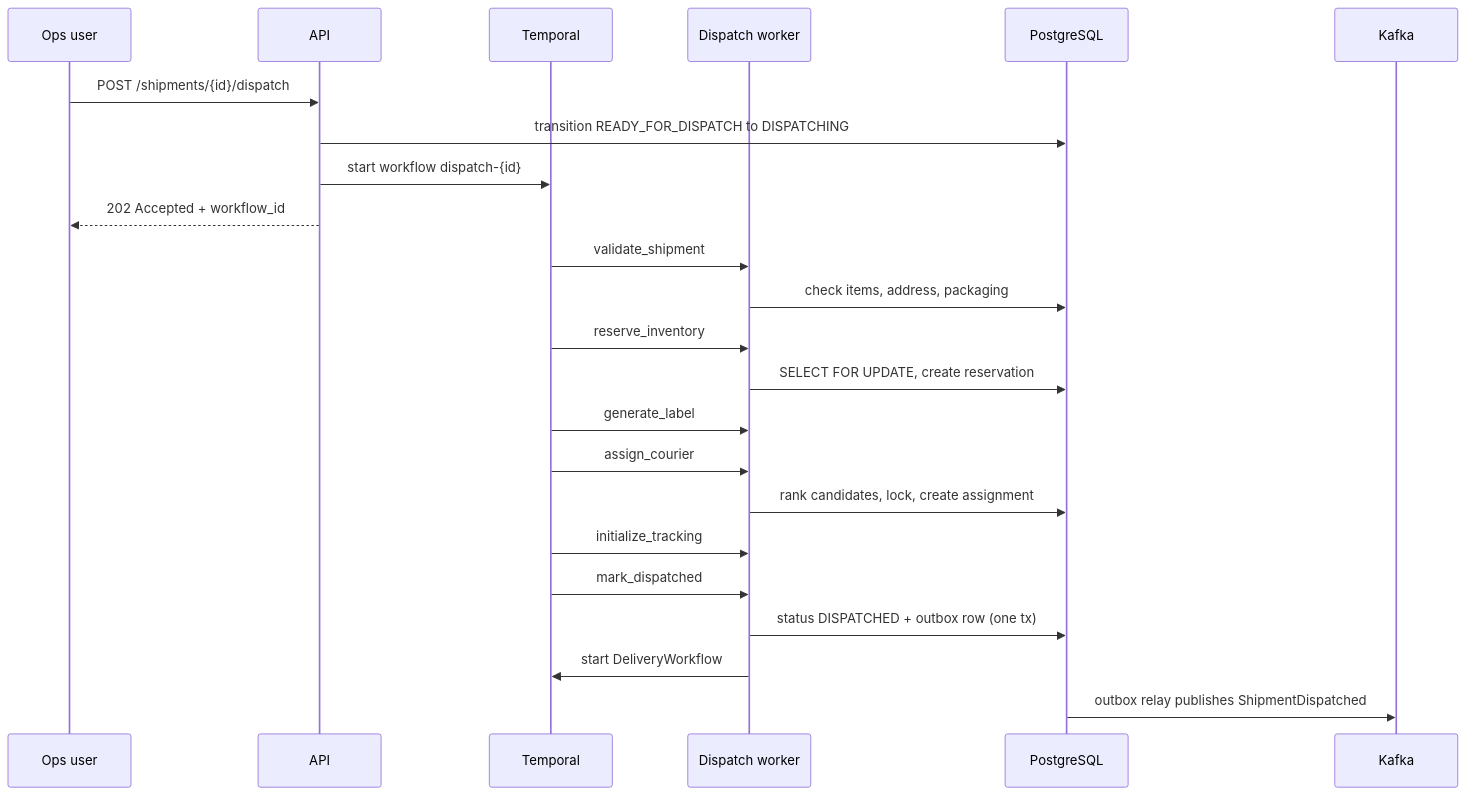
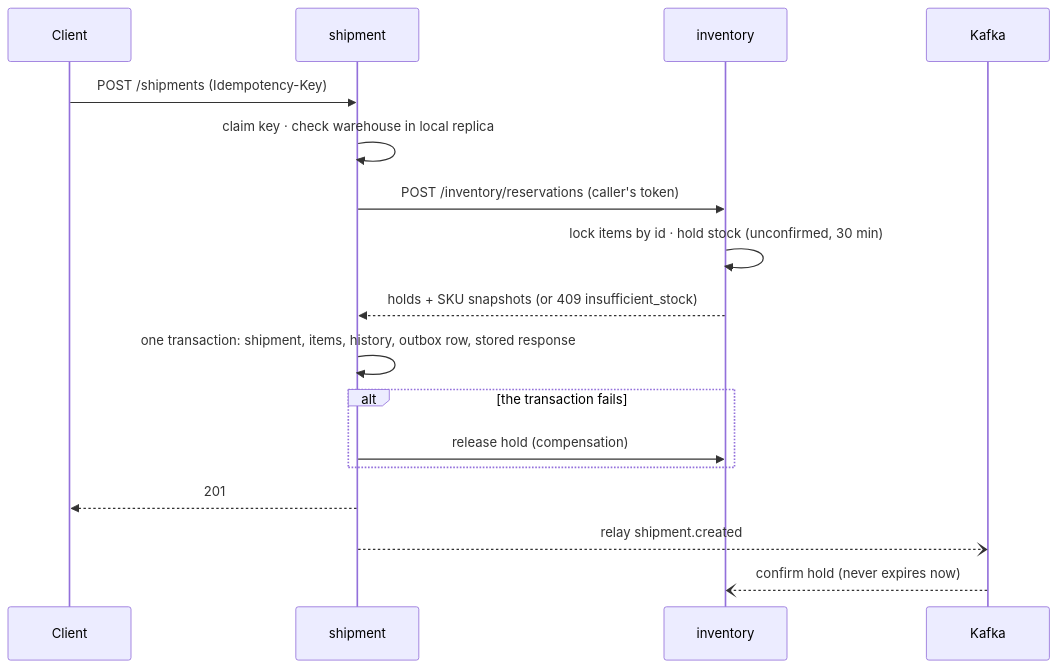
One commit to Abdullah18x/smart_logistics changed the fourth of 4 diagrams in docs/ARCHITECTURE.md. Above: the diagram before and after it, drawn with Mermaid. The commit also changed other lines of this file and 36 other files, not shown here.

````diff
--- a/docs/ARCHITECTURE.md
+++ b/docs/ARCHITECTURE.md
@@ -351,26 +300,19 @@
 ```mermaid
 sequenceDiagram
-    participant OPS as Ops user
-    participant API
-    participant T as Temporal
-    participant W as Dispatch worker
-    participant PG as PostgreSQL
+    participant C as Client
+    participant S as shipment
+    participant V as inventory
     participant K as Kafka
-
-    OPS->>API: POST /shipments/{id}/dispatch
-    API->>PG: transition READY_FOR_DISPATCH to DISPATCHING
-    API->>T: start workflow dispatch-{id}
-    API-->>OPS: 202 Accepted + workflow_id
-    T->>W: validate_shipment
-    W->>PG: check items, address, packaging
-    T->>W: reserve_inventory
-    W->>PG: SELECT FOR UPDATE, create reservation
-    T->>W: generate_label
-    T->>W: assign_courier
-    W->>PG: rank candidates, lock, create assignment
-    T->>W: initialize_tracking
-    T->>W: mark_dispatched
-    W->>PG: status DISPATCHED + outbox row (one tx)
-    W->>T: start DeliveryWorkflow
-    PG->>K: outbox relay publishes ShipmentDispatched
+    C->>S: POST /shipments (Idempotency-Key)
+    S->>S: claim key · check warehouse in local replica
+    S->>V: POST /inventory/reservations (caller's token)
+    V->>V: lock items by id · hold stock (unconfirmed, 30 min)
+    V-->>S: holds + SKU snapshots (or 409 insufficient_stock)
+    S->>S: one transaction: shipment, items, history, outbox row, stored response
+    alt the transaction fails
+        S->>V: release hold (compensation)
+    end
+    S-->>C: 201
+    S--)K: relay shipment.created
+    K--)V: confirm hold (never expires now)
 ```
````
